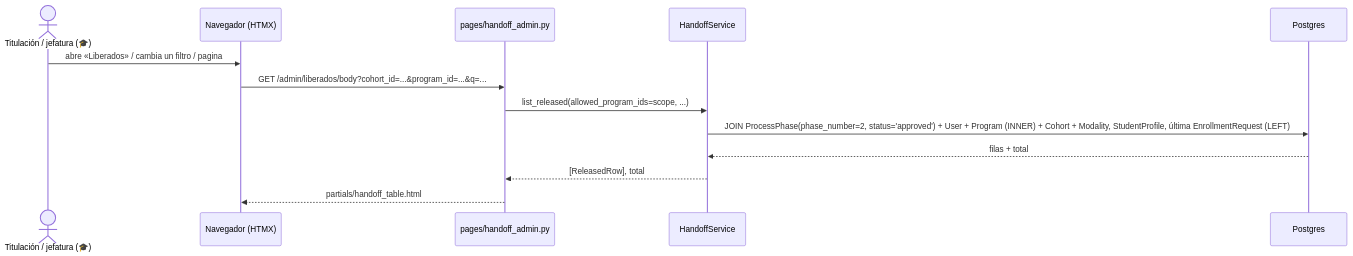
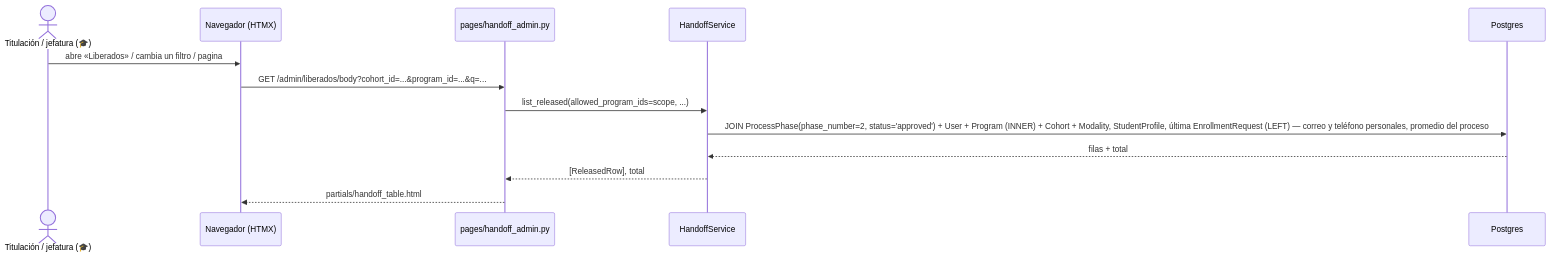
One commit to Erne1357/itcj changed the second of 2 diagrams in itcj2/apps/titulatec/docs/flows/xcut_titulacion_handoff.md. Above: the diagram before and after it, drawn with Mermaid. The commit also changed other lines of this file and 8 other files, not shown here.

````diff
--- a/itcj2/apps/titulatec/docs/flows/xcut_titulacion_handoff.md
+++ b/itcj2/apps/titulatec/docs/flows/xcut_titulacion_handoff.md
@@ -72,16 +72,16 @@
 ```mermaid
 sequenceDiagram
     actor T as Titulación / jefatura (🎓)
     participant FE as Navegador (HTMX)
     participant API as pages/handoff_admin.py
     participant SVC as HandoffService
     participant DB as Postgres
 
     T->>FE: abre «Liberados» / cambia un filtro / pagina
     FE->>API: GET /admin/liberados/body?cohort_id=...&program_id=...&q=...
     API->>SVC: list_released(allowed_program_ids=scope, ...)
-    SVC->>DB: JOIN ProcessPhase(phase_number=2, status='approved') + User + Program (INNER) + Cohort + Modality, StudentProfile, última EnrollmentRequest (LEFT)
+    SVC->>DB: JOIN ProcessPhase(phase_number=2, status='approved') + User + Program (INNER) + Cohort + Modality, StudentProfile, última EnrollmentRequest (LEFT) — correo y teléfono personales, promedio del proceso
     DB-->>SVC: filas + total
     SVC-->>API: [ReleasedRow], total
     API-->>FE: partials/handoff_table.html
 ```
````
